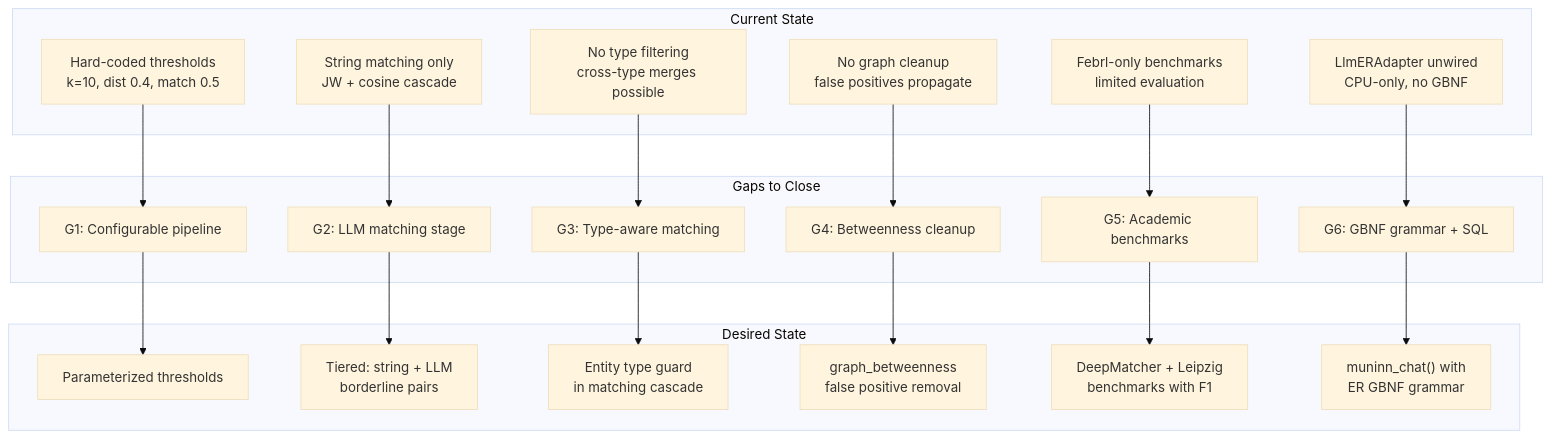
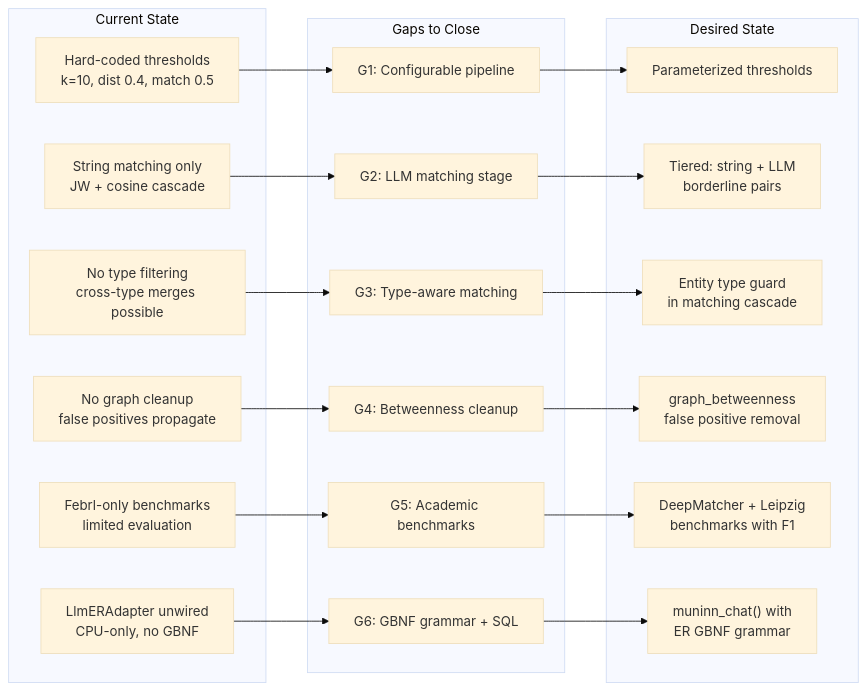
Before and after one commit to neozenith/sqlite-muninn: the third of 4 diagrams in docs/plans/er/00_gap_analysis.md, drawn with Mermaid (base theme). The commit also changed other lines of this file and 1 other file, not shown here.

Commit message:
tidy quality gates on er spec and remove google colab make targets since it is WIP

````diff
--- a/docs/plans/er/00_gap_analysis.md
+++ b/docs/plans/er/00_gap_analysis.md
@@ -215,36 +215,36 @@
 ```mermaid
-flowchart TD
+flowchart LR
     subgraph Current["Current State"]
         C1["Hard-coded thresholds<br/>k=10, dist 0.4, match 0.5"]
         C2["String matching only<br/>JW + cosine cascade"]
         C3["No type filtering<br/>cross-type merges possible"]
         C4["No graph cleanup<br/>false positives propagate"]
         C5["Febrl-only benchmarks<br/>limited evaluation"]
         C6["LlmERAdapter unwired<br/>CPU-only, no GBNF"]
     end
 
     subgraph Gaps["Gaps to Close"]
         G1["G1: Configurable pipeline"]
         G2["G2: LLM matching stage"]
         G3["G3: Type-aware matching"]
         G4["G4: Betweenness cleanup"]
         G5["G5: Academic benchmarks"]
         G6["G6: GBNF grammar + SQL"]
     end
 
     subgraph Desired["Desired State"]
         D1["Parameterized thresholds"]
         D2["Tiered: string + LLM<br/>borderline pairs"]
         D3["Entity type guard<br/>in matching cascade"]
         D4["graph_betweenness<br/>false positive removal"]
         D5["DeepMatcher + Leipzig<br/>benchmarks with F1"]
         D6["muninn_chat() with<br/>ER GBNF grammar"]
     end
 
     C1 --> G1 --> D1
     C2 --> G2 --> D2
     C3 --> G3 --> D3
     C4 --> G4 --> D4
     C5 --> G5 --> D5
     C6 --> G6 --> D6
 ```
````
